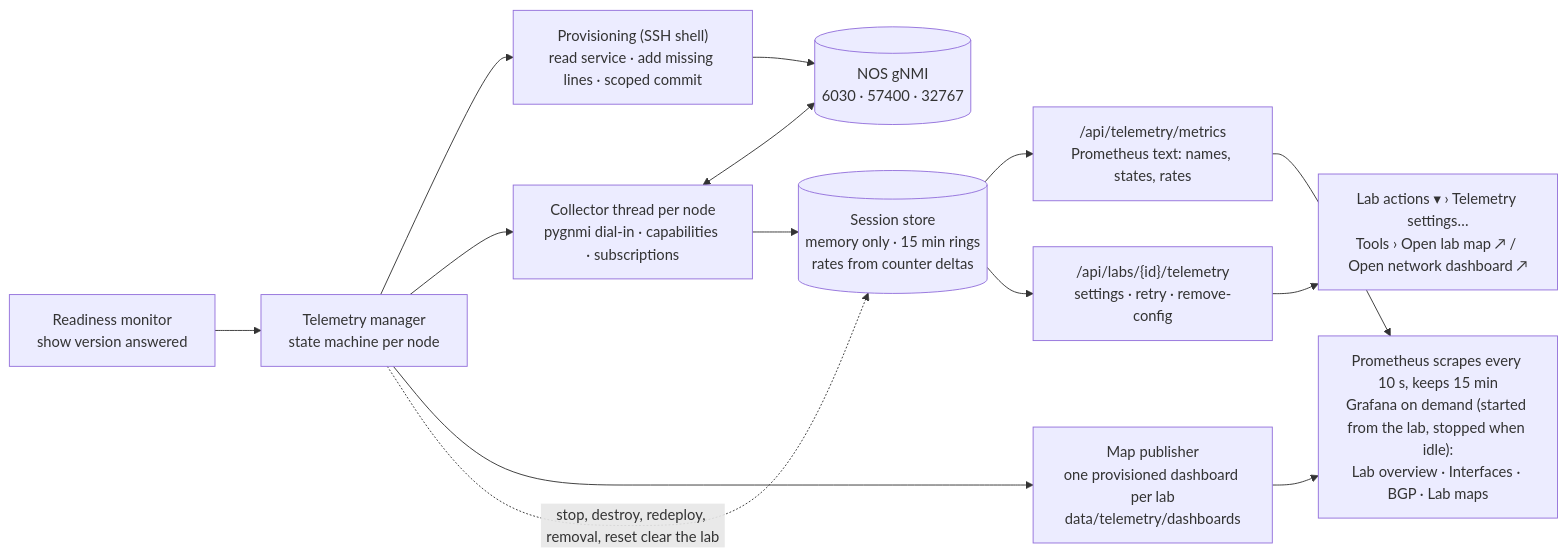
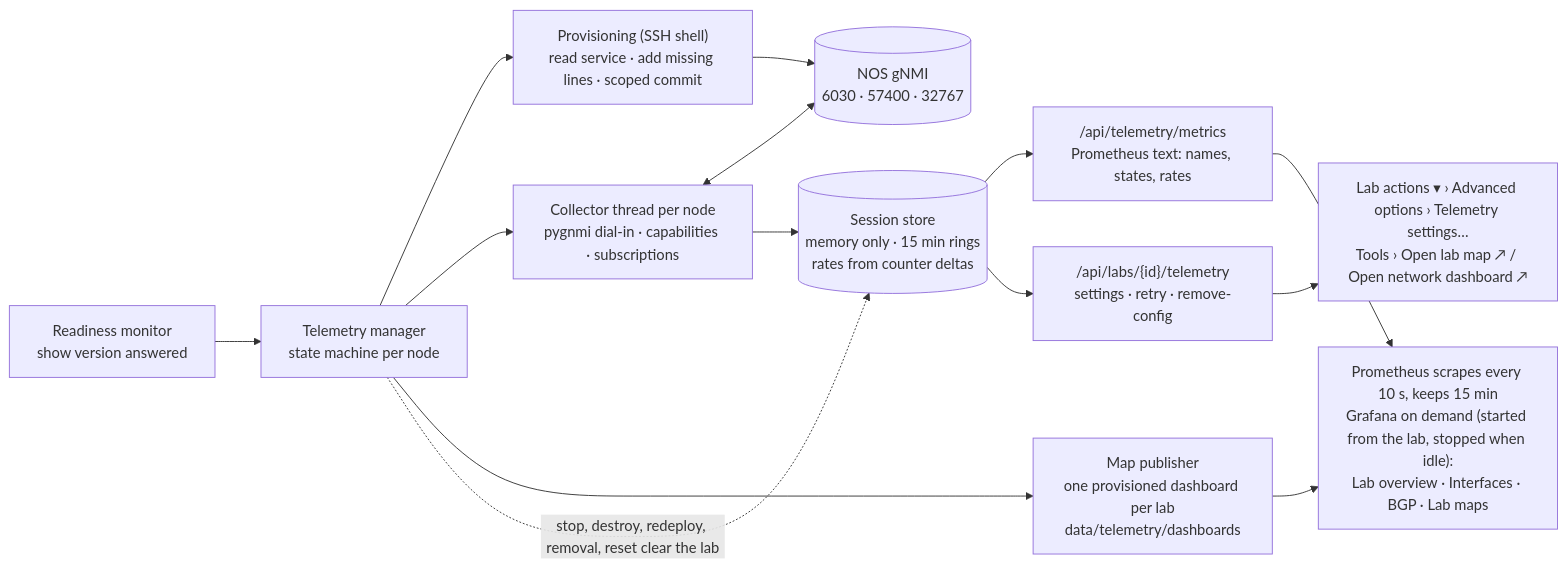
Before and after one commit to ArchRuger/CLAB-BACKUP-WORKER-v2: the fourth of 5 diagrams in docs/ARCHITECTURE.md, drawn with Mermaid. The commit also changed 34 other files, not shown here.

First line of the commit message:
Release 1.30.3: UI review 001, Advanced options group in the Lab actions menu (UI-005)

````diff
--- a/docs/ARCHITECTURE.md
+++ b/docs/ARCHITECTURE.md
@@ -106,20 +106,20 @@
 ```mermaid
 flowchart LR
     R["Readiness monitor<br/>show version answered"]
     T["Telemetry manager<br/>state machine per node"]
     P["Provisioning (SSH shell)<br/>read service · add missing lines · scoped commit"]
     C["Collector thread per node<br/>pygnmi dial-in · capabilities · subscriptions"]
     S[("Session store<br/>memory only · 15 min rings<br/>rates from counter deltas")]
     X["/api/telemetry/metrics<br/>Prometheus text: names, states, rates"]
     A["/api/labs/{id}/telemetry<br/>settings · retry · remove-config"]
-    U["Lab actions ▾ › Telemetry settings…<br/>Tools › Open lab map ↗ / Open network dashboard ↗"]
+    U["Lab actions ▾ › Advanced options › Telemetry settings…<br/>Tools › Open lab map ↗ / Open network dashboard ↗"]
     MP["Map publisher<br/>one provisioned dashboard per lab<br/>data/telemetry/dashboards"]
     G["Prometheus scrapes every 10 s, keeps 15 min<br/>Grafana on demand (started from the lab, stopped when idle):<br/>Lab overview · Interfaces · BGP · Lab maps"]
     N[("NOS gNMI<br/>6030 · 57400 · 32767")]
     R --> T --> P --> N
     T --> C <--> N
     C --> S --> X --> G
     S --> A --> U
     T --> MP --> G
     T -. "stop, destroy, redeploy, removal, reset clear the lab" .-> S
 ```
````
